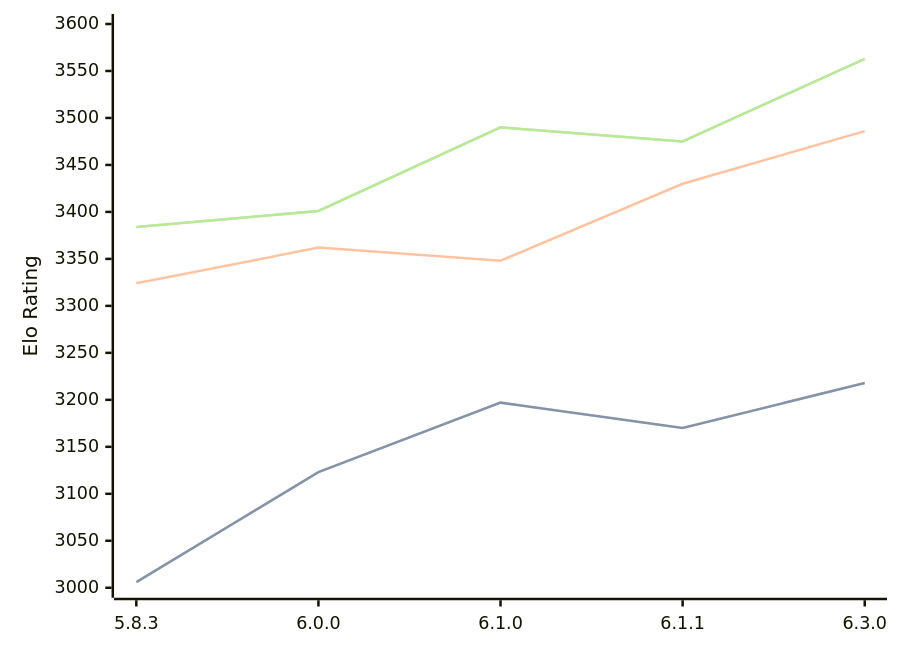
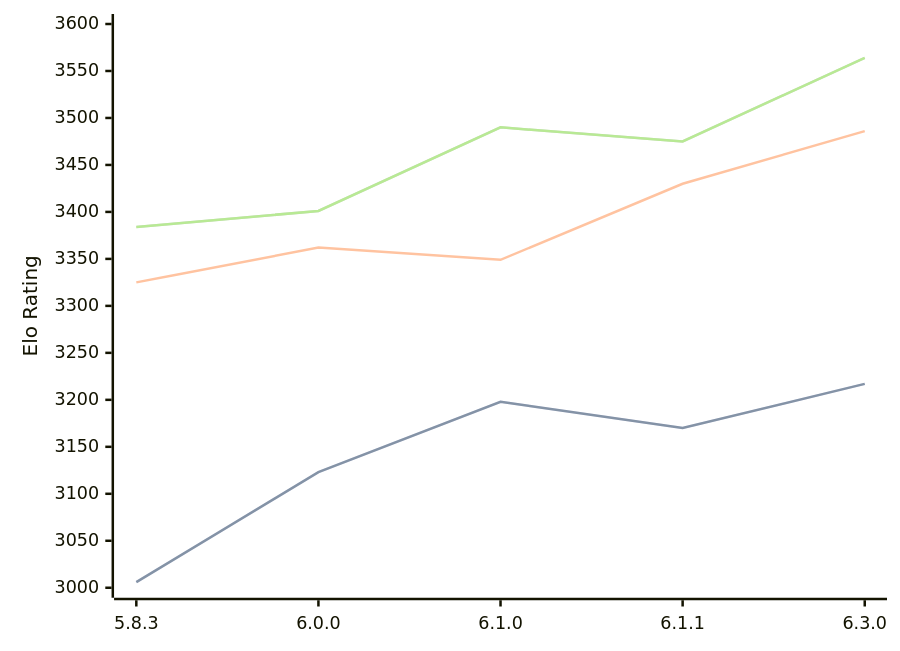
The diagram in engines/Zigqueen.md (computer-chess-index/cci), drawn with Mermaid before and after one commit. The commit also changed other lines of this file, not shown here.

Commit message:
Update CCI Ratings (ELO VLTC) - 2026-10-02

````diff
--- a/engines/Zigqueen.md
+++ b/engines/Zigqueen.md
@@ -39,11 +39,11 @@
 ```mermaid
 %%{init: {"theme":"base","themeVariables":{"seriesColors:['#a3a3a3','#222221','#faa371']}}}%%
 xychart-beta
   x-axis ["5.8.3", "6.0.0", "6.1.0", "6.1.1", "6.3.0"]
   y-axis "Elo Rating" 3000 --> 3600
-  line "" [3006, 3123, 3197, 3170, 3218]
-  line "STC (8.0+0.08s)" [3006, 3123, 3197, 3170, 3218]
-  line "LTC (60.0+0.60s)" [3324, 3362, 3348, 3430, 3486]
-  line "" [3384, 3401, 3490, 3475, 3563]
-  line "VLTC (2m24s+1.12s)" [3384, 3401, 3490, 3475, 3563]
+  line "" [3006, 3123, 3198, 3170, 3217]
+  line "STC (8.0+0.08s)" [3006, 3123, 3198, 3170, 3217]
+  line "LTC (60.0+0.60s)" [3325, 3362, 3349, 3430, 3486]
+  line "" [3384, 3401, 3490, 3475, 3564]
+  line "VLTC (2m24s+1.12s)" [3384, 3401, 3490, 3475, 3564]
 ```
````
